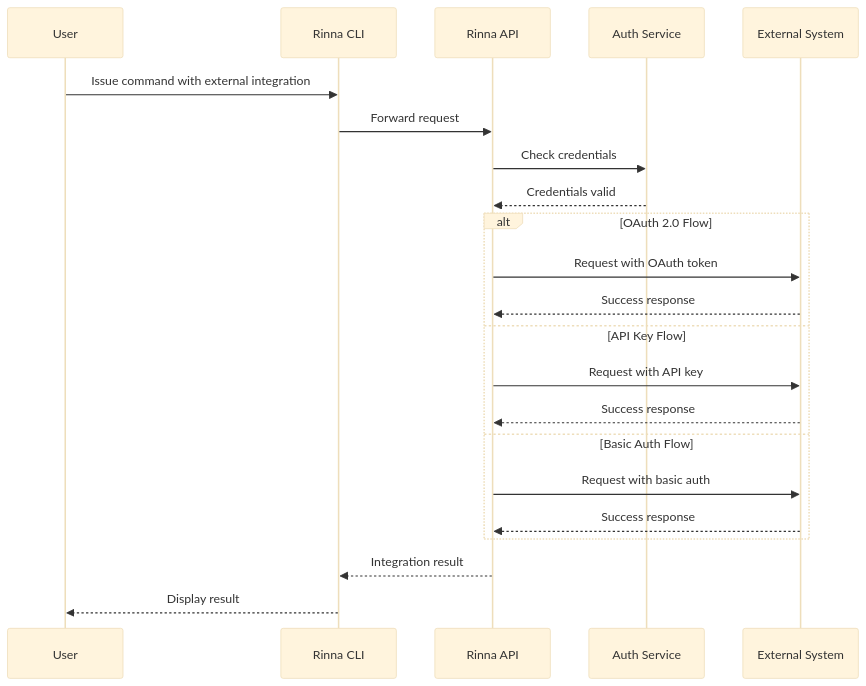
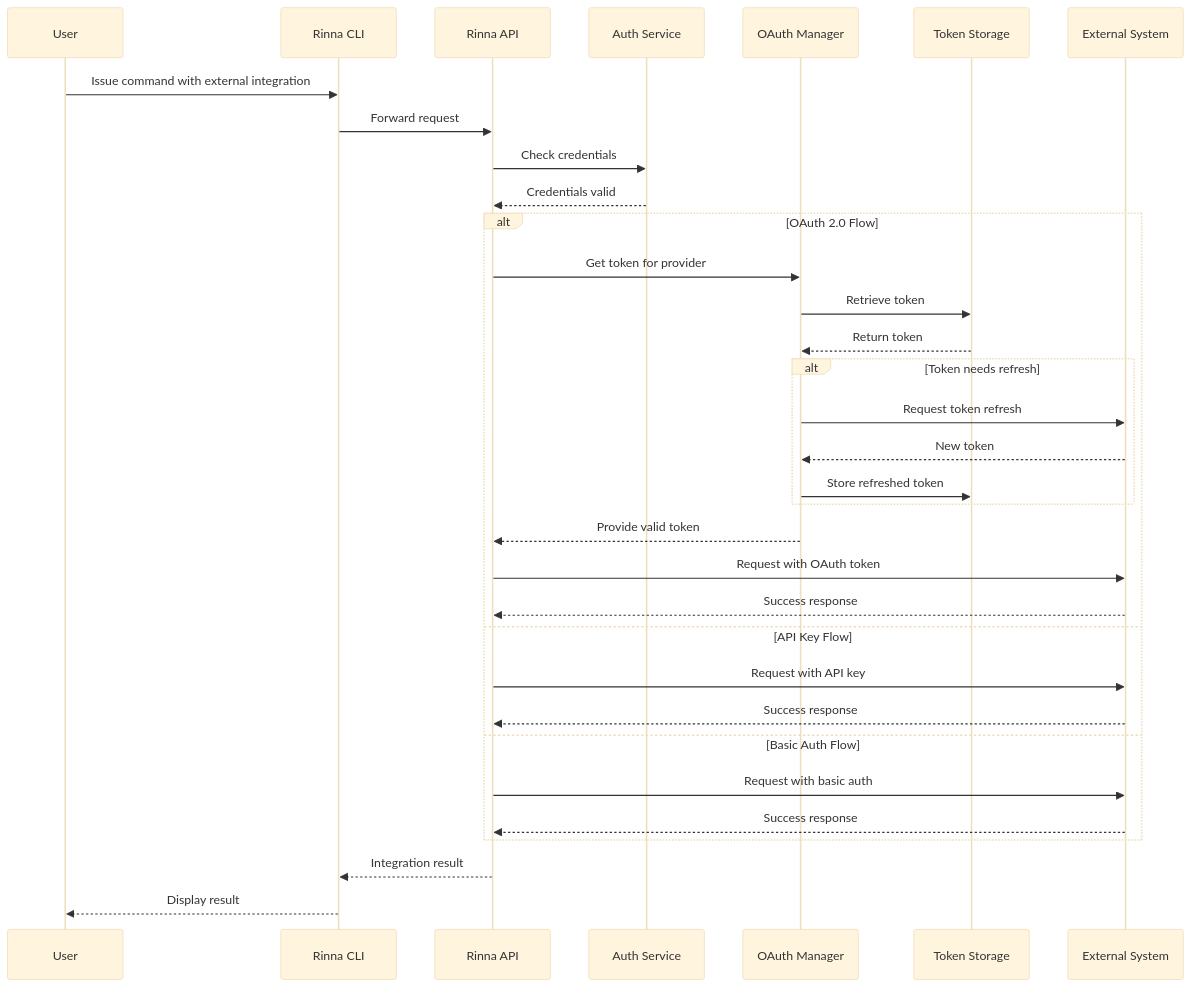
The fourth of 5 diagrams in docs/diagrams/integration/enterprise_integration_diagram.md (heymumford/Rinna), drawn with Mermaid (base theme) before and after one commit. The commit also changed other lines of this file and 805 other files, not shown here.

````diff
--- a/docs/diagrams/integration/enterprise_integration_diagram.md
+++ b/docs/diagrams/integration/enterprise_integration_diagram.md
@@ -188,27 +188,40 @@
 ```mermaid
 sequenceDiagram
     participant User
     participant CLI as Rinna CLI
     participant API as Rinna API
     participant Auth as Auth Service
+    participant OAuth as OAuth Manager
+    participant Storage as Token Storage
     participant Ext as External System
     
     User->>CLI: Issue command with external integration
     CLI->>API: Forward request
     API->>Auth: Check credentials
     Auth-->>API: Credentials valid
     
     alt OAuth 2.0 Flow
+        API->>OAuth: Get token for provider
+        OAuth->>Storage: Retrieve token
+        Storage-->>OAuth: Return token
+        
+        alt Token needs refresh
+            OAuth->>Ext: Request token refresh
+            Ext-->>OAuth: New token
+            OAuth->>Storage: Store refreshed token
+        end
+        
+        OAuth-->>API: Provide valid token
         API->>Ext: Request with OAuth token
         Ext-->>API: Success response
     else API Key Flow
         API->>Ext: Request with API key
         Ext-->>API: Success response
     else Basic Auth Flow
         API->>Ext: Request with basic auth
         Ext-->>API: Success response
     end
     
     API-->>CLI: Integration result
     CLI-->>User: Display result
 ```
````
